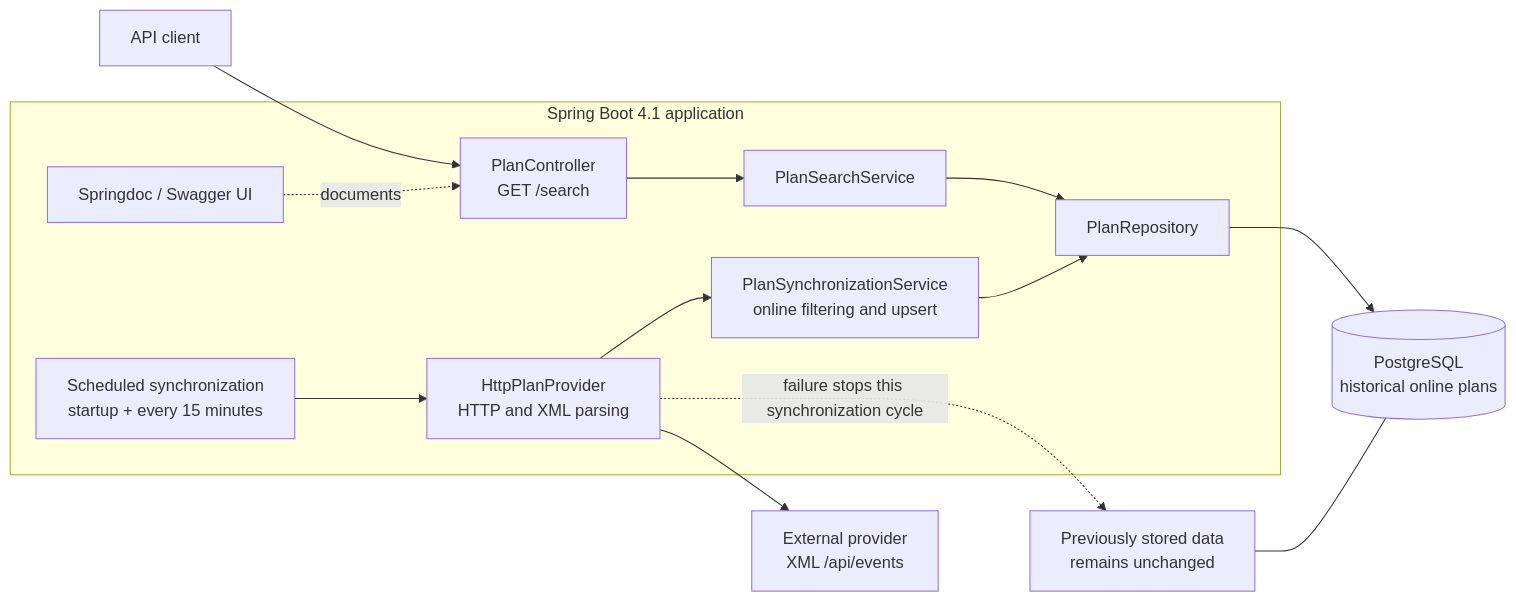
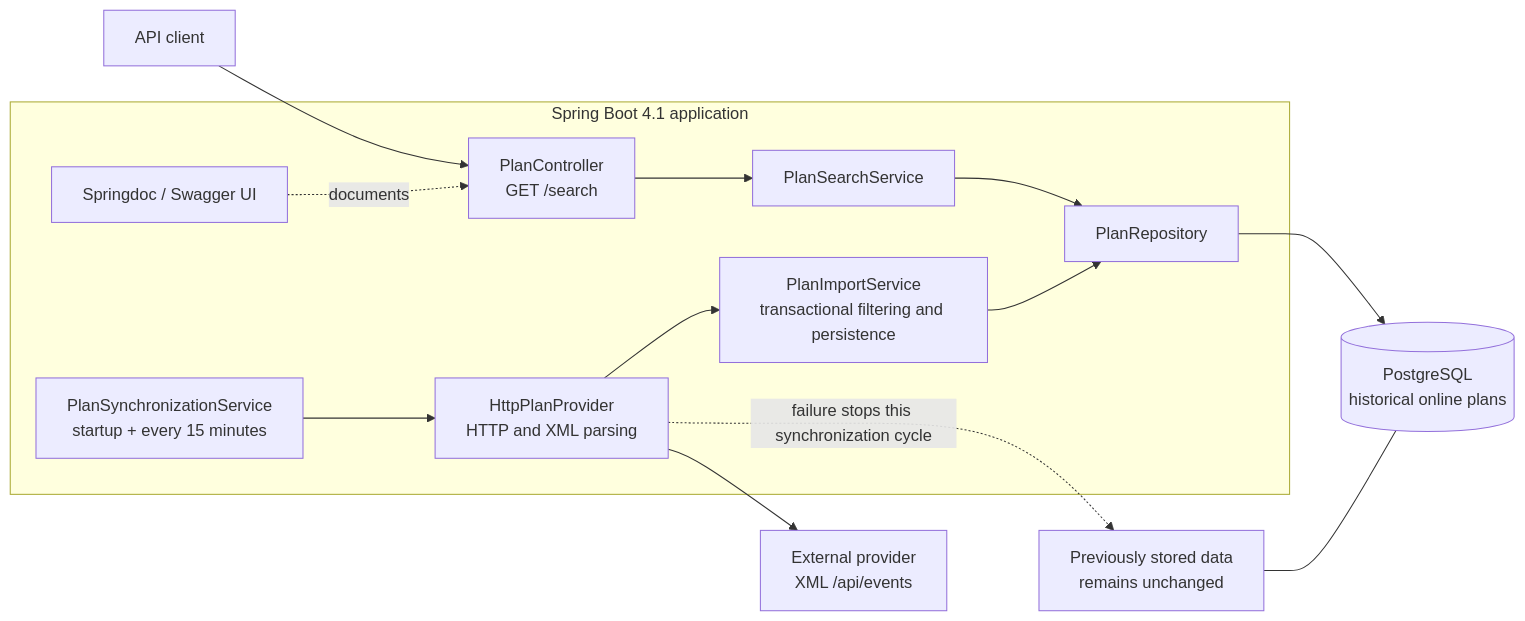
One commit to azfalot/FeverPlans changed the first of 3 diagrams in README.md. Above: the diagram before and after it, drawn with Mermaid. The commit also changed other lines of this file and 8 other files, not shown here.

Commit message:
Fix transactional synchronization and add integration tests

````diff
--- a/README.md
+++ b/README.md
@@ -32,31 +32,31 @@
 ```mermaid
 flowchart LR
     Provider["External provider<br/>XML /api/events"]
 
     subgraph Application["Spring Boot 4.1 application"]
-        Scheduler["Scheduled synchronization<br/>startup + every 15 minutes"]
+        Scheduler["PlanSynchronizationService<br/>startup + every 15 minutes"]
         HttpProvider["HttpPlanProvider<br/>HTTP and XML parsing"]
-        SyncService["PlanSynchronizationService<br/>online filtering and upsert"]
+        ImportService["PlanImportService<br/>transactional filtering and persistence"]
         Controller["PlanController<br/>GET /search"]
         SearchService["PlanSearchService"]
         Repository["PlanRepository"]
         Swagger["Springdoc / Swagger UI"]
     end
 
     Database[("PostgreSQL<br/>historical online plans")]
     Client["API client"]
 
     Client --> Controller
     Controller --> SearchService
     SearchService --> Repository
     Repository --> Database
 
     Scheduler --> HttpProvider
     HttpProvider --> Provider
-    HttpProvider --> SyncService
-    SyncService --> Repository
+    HttpProvider --> ImportService
+    ImportService --> Repository
 
     Swagger -. documents .-> Controller
     HttpProvider -. "failure stops this synchronization cycle" .-> Unchanged["Previously stored data<br/>remains unchanged"]
     Unchanged --- Database
 ```
````
